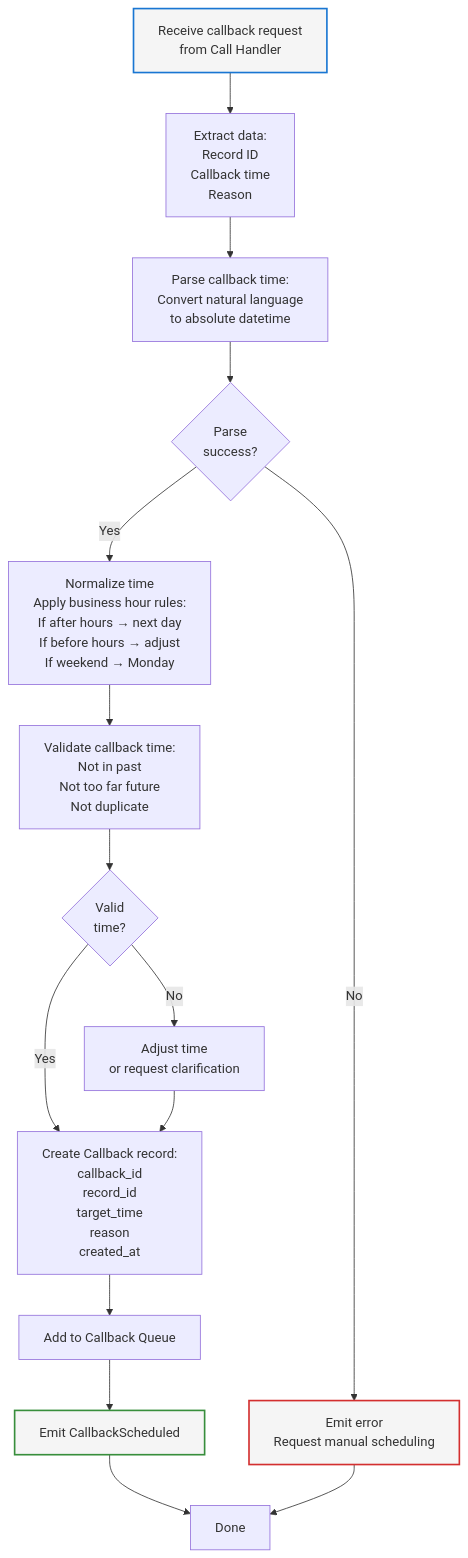
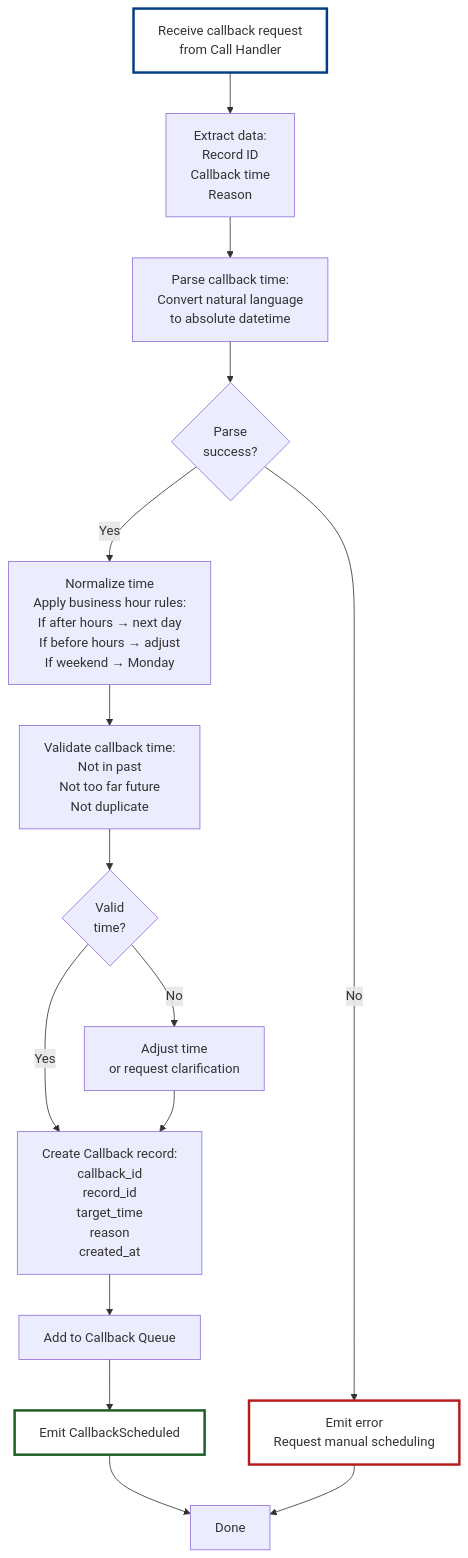
One commit to Org-for-Folio-AI/FolioAISpecs changed the first of 2 diagrams in design/components/09-Callback-Manager.md. Above: the diagram before and after it, drawn with Mermaid. The commit also changed other lines of this file and 11 other files, not shown here.

First line of the commit message:
Improve mermaid diagrams: increase font size, darker colors, thicker strokes

````diff
--- a/design/components/09-Callback-Manager.md
+++ b/design/components/09-Callback-Manager.md
@@ -56,34 +56,35 @@
 ```mermaid
+%%{init: {'fontSize': 18, 'fontFamily': 'arial'}}%%
 flowchart TD
     Start["Receive callback request<br/>from Call Handler"] --> Extract["Extract data:<br/>Record ID<br/>Callback time<br/>Reason"]
 
     Extract --> Parse["Parse callback time:<br/>Convert natural language<br/>to absolute datetime"]
 
     Parse --> ParseOK{Parse<br/>success?}
 
     ParseOK -->|No| Error["Emit error<br/>Request manual scheduling"]
     ParseOK -->|Yes| Normalize
 
     Normalize["Normalize time<br/>Apply business hour rules:<br/>If after hours → next day<br/>If before hours → adjust<br/>If weekend → Monday"]
 
     Normalize --> Validate["Validate callback time:<br/>Not in past<br/>Not too far future<br/>Not duplicate"]
 
     Validate --> Valid{Valid<br/>time?}
 
     Valid -->|No| Adjust["Adjust time<br/>or request clarification"]
     Valid -->|Yes| Create
 
     Adjust --> Create
 
     Create["Create Callback record:<br/>callback_id<br/>record_id<br/>target_time<br/>reason<br/>created_at"]
 
     Create --> Store["Add to Callback Queue"]
     Store --> Emit["Emit CallbackScheduled"]
     Emit --> Done["Done"]
 
     Error --> Done
 
-    style Start stroke:#1976d2,fill:#f5f5f5,stroke-width:2px
-    style Emit stroke:#388e3c,fill:#f5f5f5,stroke-width:2px
-    style Error stroke:#d32f2f,fill:#f5f5f5,stroke-width:2px
+    style Start stroke:#003d82,fill:#ffffff,stroke-width:3px,font-size:16px
+    style Emit stroke:#1b5e20,fill:#ffffff,stroke-width:3px,font-size:16px
+    style Error stroke:#b71c1c,fill:#ffffff,stroke-width:3px,font-size:16px
 ```
````
